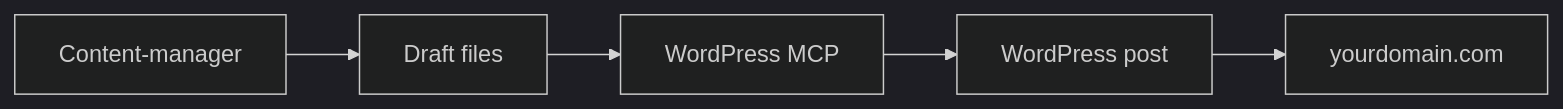
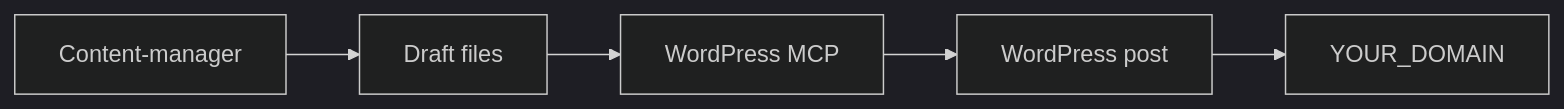
Before and after one commit to humanerd-drew/opencode-drewgent: the diagram in skills/devops/wordpress-deployment/SKILL.md, drawn with Mermaid (dark theme). The commit also changed other lines of this file and 266 other files, not shown here.

````diff
--- a/skills/devops/wordpress-deployment/SKILL.md
+++ b/skills/devops/wordpress-deployment/SKILL.md
@@ -96,7 +95,7 @@
 ```mermaid
 graph LR
     A[Content-manager] --> B[Draft files]
     B --> C[WordPress MCP]
     C --> D[WordPress post]
-    D --> E[yourdomain.com]
+    D --> E[YOUR_DOMAIN]
 ```
````
